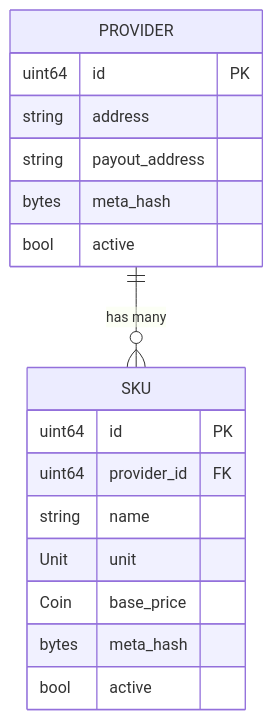
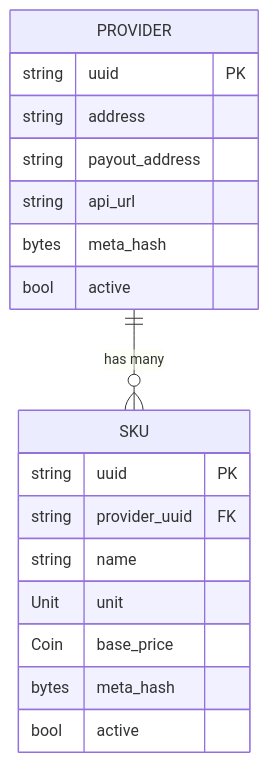
The second of 6 diagrams in x/sku/docs/ARCHITECTURE.md (manifest-network/manifest-ledger), drawn with Mermaid before and after one commit. The commit also changed other lines of this file and 26 other files, not shown here.

````diff
--- a/x/sku/docs/ARCHITECTURE.md
+++ b/x/sku/docs/ARCHITECTURE.md
@@ -30,20 +30,21 @@
 ```mermaid
 erDiagram
     PROVIDER ||--o{ SKU : "has many"
     PROVIDER {
-        uint64 id PK
+        string uuid PK
         string address
         string payout_address
+        string api_url
         bytes meta_hash
         bool active
     }
     SKU {
-        uint64 id PK
-        uint64 provider_id FK
+        string uuid PK
+        string provider_uuid FK
         string name
         Unit unit
         Coin base_price
         bytes meta_hash
         bool active
     }
 ```
````
